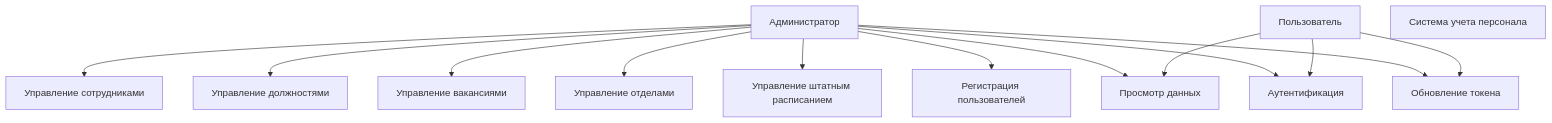
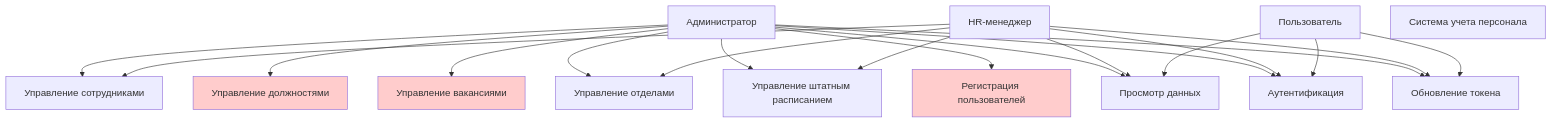
Before and after one commit to zxcpelmenikc/sqlmodel_helper: the second of 10 diagrams in Пояснительная_записка.md, drawn with Mermaid. The commit also changed other lines of this file, not shown here.

````diff
--- a/Пояснительная_записка.md
+++ b/Пояснительная_записка.md
@@ -115,30 +130,42 @@
 ```mermaid
 graph TB
     Admin[Администратор]
+    HR[HR-менеджер]
     User[Пользователь]
     System[Система учета персонала]
     
     UC1[Управление сотрудниками]
     UC2[Управление должностями]
     UC3[Управление вакансиями]
     UC4[Управление отделами]
     UC5[Управление штатным расписанием]
     UC6[Регистрация пользователей]
     UC7[Просмотр данных]
     UC8[Аутентификация]
     UC9[Обновление токена]
     
     Admin --> UC1
     Admin --> UC2
     Admin --> UC3
     Admin --> UC4
     Admin --> UC5
     Admin --> UC6
     Admin --> UC7
     Admin --> UC8
     Admin --> UC9
     
+    HR --> UC1
+    HR --> UC4
+    HR --> UC5
+    HR --> UC7
+    HR --> UC8
+    HR --> UC9
+    
     User --> UC7
     User --> UC8
     User --> UC9
+    
+    style UC2 fill:#ffcccc
+    style UC3 fill:#ffcccc
+    style UC6 fill:#ffcccc
 ```
````
